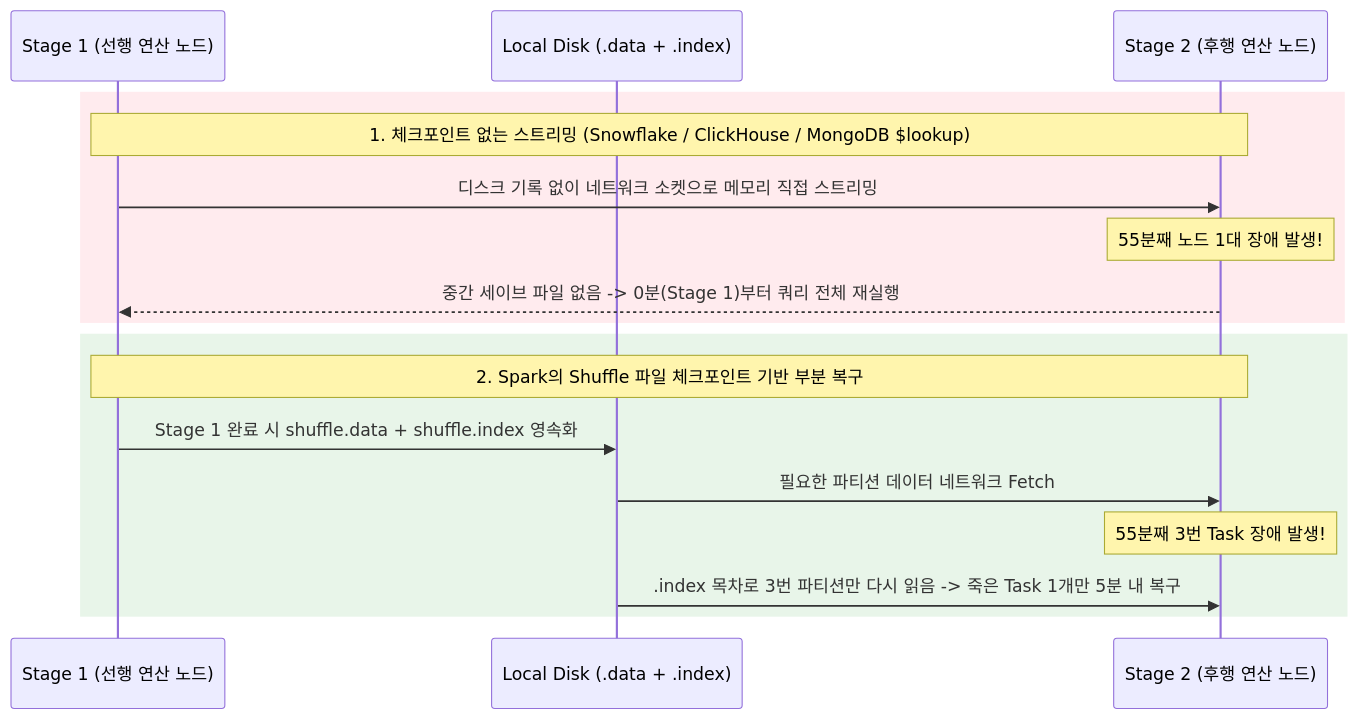
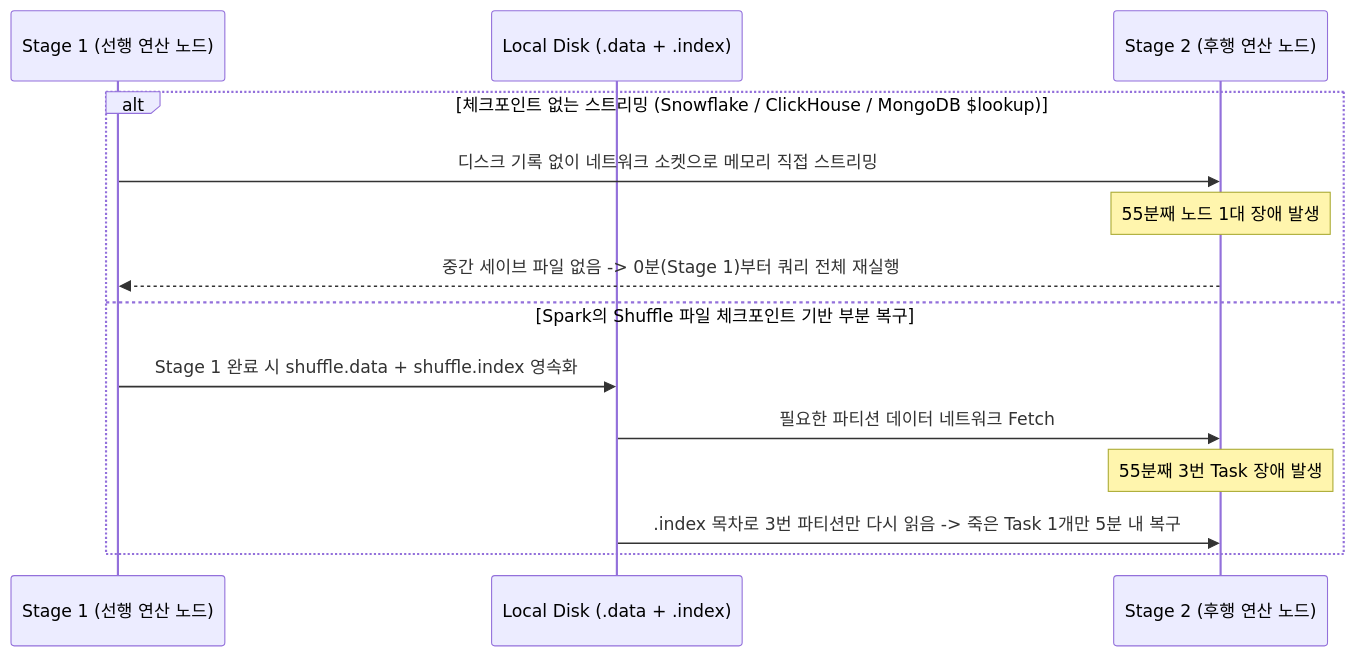
One commit to djpibo/djpibo.github.io changed the eighth of 11 diagrams in docs/dbms/distributed/mapreduce-spark-and-distributed-db-internals.md. Above: the diagram before and after it, drawn with Mermaid. The commit also changed other lines of this file and 8 other files, not shown here.

Commit message:
style(mermaid): unify all diagrams to monochrome and remove colored rect boxes

````diff
--- a/docs/dbms/distributed/mapreduce-spark-and-distributed-db-internals.md
+++ b/docs/dbms/distributed/mapreduce-spark-and-distributed-db-internals.md
@@ -390,21 +366,17 @@
 ```mermaid
 sequenceDiagram
     participant S1 as Stage 1 (선행 연산 노드)
     participant Disk as Local Disk (.data + .index)
     participant S2 as Stage 2 (후행 연산 노드)
 
-    rect rgb(255, 235, 238)
-        Note over S1,S2: 1. 체크포인트 없는 스트리밍 (Snowflake / ClickHouse / MongoDB $lookup)
+    alt 체크포인트 없는 스트리밍 (Snowflake / ClickHouse / MongoDB $lookup)
         S1->>S2: 디스크 기록 없이 네트워크 소켓으로 메모리 직접 스트리밍
-        Note over S2: 55분째 노드 1대 장애 발생!
+        Note over S2: 55분째 노드 1대 장애 발생
         S2-->>S1: 중간 세이브 파일 없음 -> 0분(Stage 1)부터 쿼리 전체 재실행
-    end
-
-    rect rgb(232, 245, 233)
-        Note over S1,S2: 2. Spark의 Shuffle 파일 체크포인트 기반 부분 복구
+    else Spark의 Shuffle 파일 체크포인트 기반 부분 복구
         S1->>Disk: Stage 1 완료 시 shuffle.data + shuffle.index 영속화
         Disk->>S2: 필요한 파티션 데이터 네트워크 Fetch
-        Note over S2: 55분째 3번 Task 장애 발생!
+        Note over S2: 55분째 3번 Task 장애 발생
         Disk->>S2: .index 목차로 3번 파티션만 다시 읽음 -> 죽은 Task 1개만 5분 내 복구
     end
 ```
````
